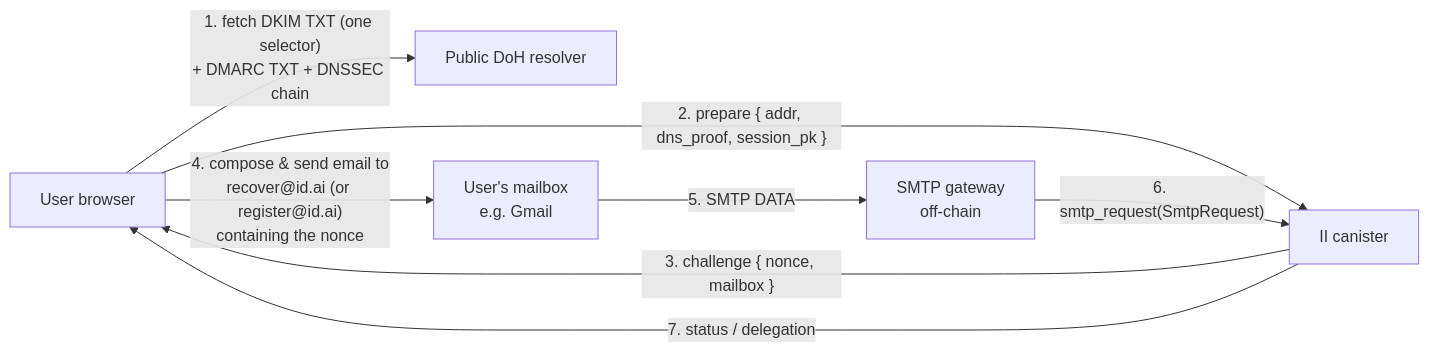
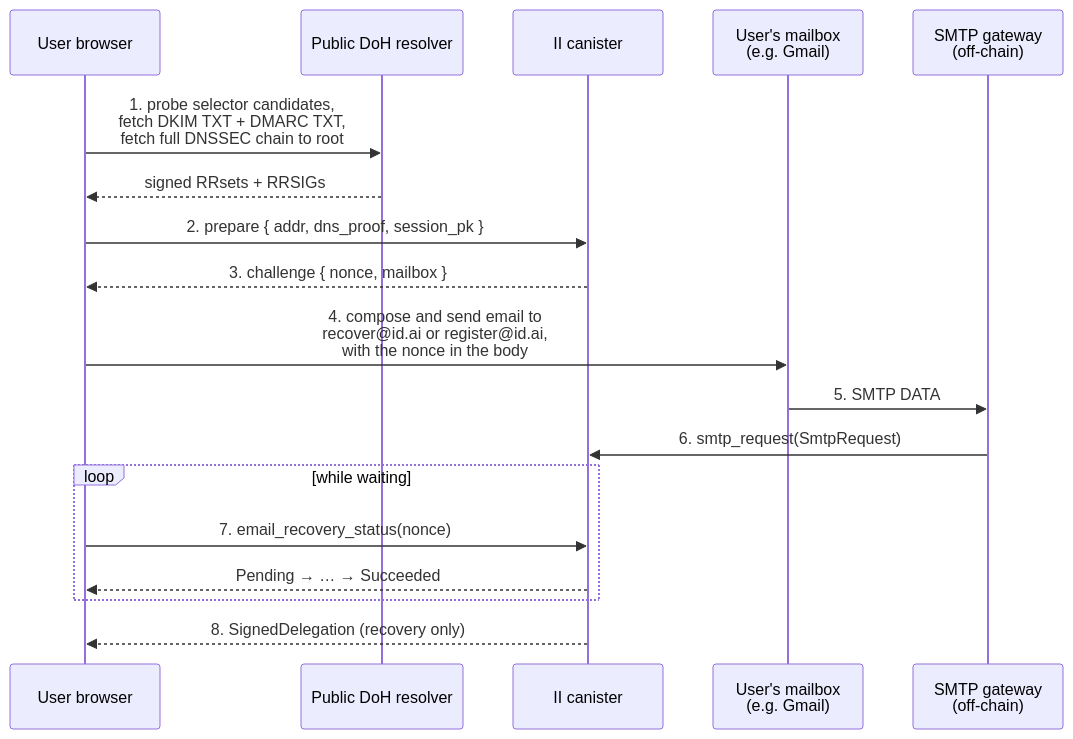
Before and after one commit to dfinity/internet-identity: the first of 3 diagrams in docs/ongoing/email-recovery.md, drawn with Mermaid. The commit also changed other lines of this file, not shown here.

Commit message:
docs(email-recovery): fix mermaid parse errors + sequenceDiagram for §4
Two diagram issues:

- Mermaid sequence diagrams treat `;` in message bodies as a statement
  separator, which broke the long self-message verification descriptions
  in §8.4 and §8.5 ("got NEWLINE, expecting arrow"). Replaced `;` with
  `,` (and a couple of `:` characters that were similarly ambiguous).

- §4 high-level architecture rewritten as a sequenceDiagram instead of
  flowchart LR. Sequence diagrams convey the temporal order of the call
  flow more directly than a left-to-right flowchart, which matches how
  the rest of §8 already presents the setup and recovery flows.

````diff
--- a/docs/ongoing/email-recovery.md
+++ b/docs/ongoing/email-recovery.md
@@ -112,16 +112,24 @@
 ```mermaid
-flowchart LR
-    User[User browser]
-    DNS[Public DoH resolver]
-    II[II canister]
-    Mail[User's mailbox<br/>e.g. Gmail]
-    GW[SMTP gateway<br/>off-chain]
+sequenceDiagram
+    participant User as User browser
+    participant DNS as Public DoH resolver
+    participant II as II canister
+    participant Mail as User's mailbox<br/>(e.g. Gmail)
+    participant GW as SMTP gateway<br/>(off-chain)
 
-    User -- "1. fetch DKIM TXT (one selector)<br/>+ DMARC TXT + DNSSEC chain" --> DNS
-    User -- "2. prepare { addr, dns_proof, session_pk }" --> II
-    II -- "3. challenge { nonce, mailbox }" --> User
-    User -- "4. compose & send email to<br/>recover@id.ai (or register@id.ai)<br/>containing the nonce" --> Mail
-    Mail -- "5. SMTP DATA" --> GW
-    GW -- "6. smtp_request(SmtpRequest)" --> II
-    II -- "7. status / delegation" --> User
+    User->>DNS: 1. probe selector candidates,<br/>fetch DKIM TXT + DMARC TXT,<br/>fetch full DNSSEC chain to root
+    DNS-->>User: signed RRsets + RRSIGs
+
+    User->>II: 2. prepare { addr, dns_proof, session_pk }
+    II-->>User: 3. challenge { nonce, mailbox }
+
+    User->>Mail: 4. compose and send email to<br/>recover@id.ai or register@id.ai,<br/>with the nonce in the body
+    Mail->>GW: 5. SMTP DATA
+    GW->>II: 6. smtp_request(SmtpRequest)
+
+    loop while waiting
+        User->>II: 7. email_recovery_status(nonce)
+        II-->>User: Pending → … → Succeeded
+    end
+    II-->>User: 8. SignedDelegation (recovery only)
 ```
````
